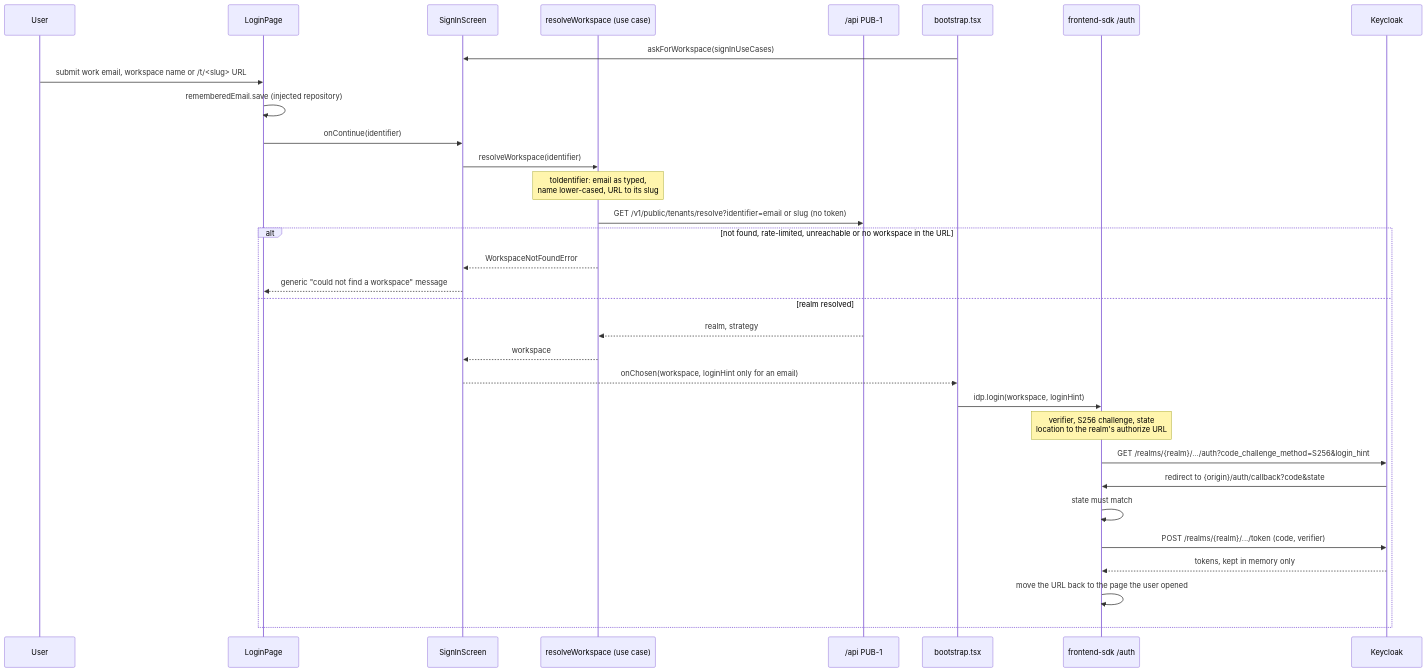
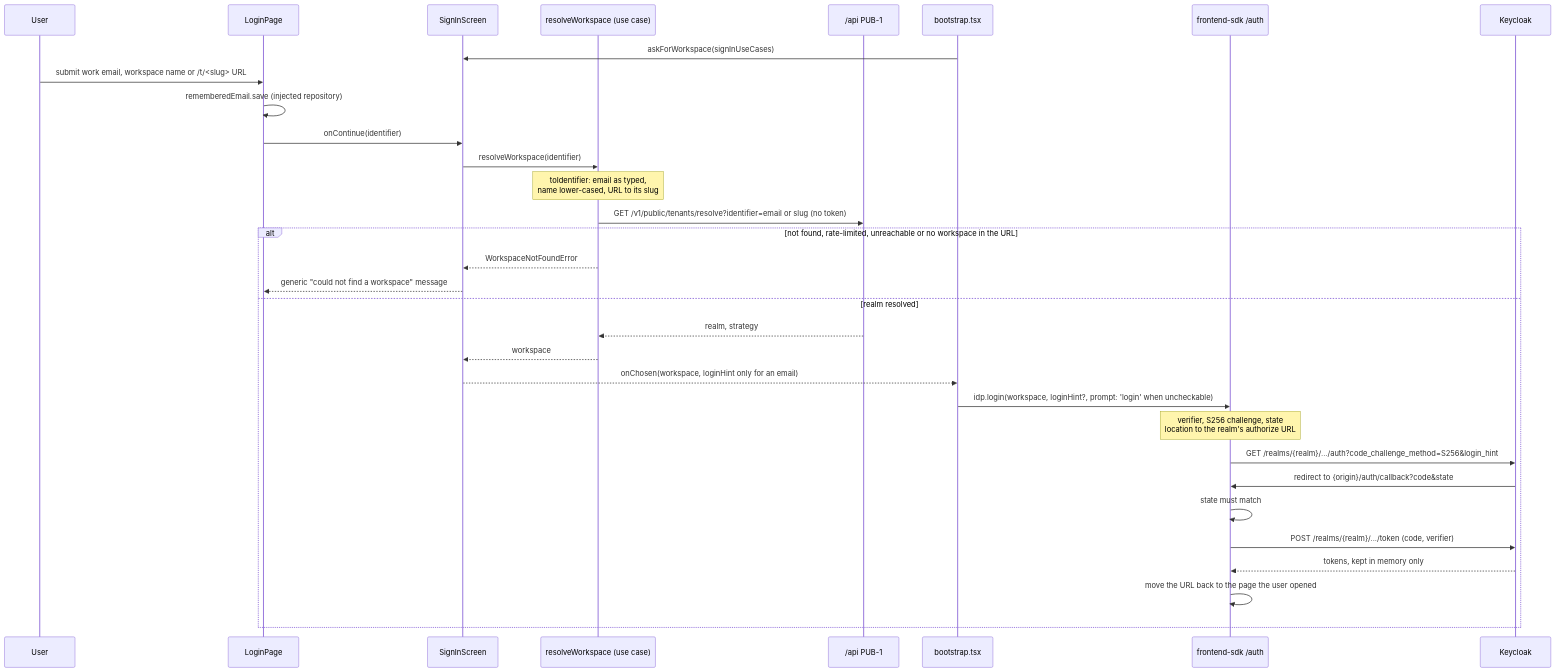
The diagram in docs/architecture/mermaid/sign-in-flow.mmd (BCBP-SOLUTIONS-FZC-LLC/web-shell), drawn with Mermaid before and after one commit. The commit also changed 42 other files, not shown here.

```diff
--- a/docs/architecture/mermaid/sign-in-flow.mmd
+++ b/docs/architecture/mermaid/sign-in-flow.mmd
@@ -1,33 +1,33 @@
 sequenceDiagram
     participant User
     participant Login as LoginPage
     participant Screens as SignInScreen
     participant UC as resolveWorkspace (use case)
     participant IAM as /api PUB-1
     participant Boot as bootstrap.tsx
     participant SDK as frontend-sdk /auth
     participant KC as Keycloak
 
     Boot->>Screens: askForWorkspace(signInUseCases)
     User->>Login: submit work email, workspace name or /t/<slug> URL
     Login->>Login: rememberedEmail.save (injected repository)
     Login->>Screens: onContinue(identifier)
     Screens->>UC: resolveWorkspace(identifier)
     Note over UC: toIdentifier: email as typed,<br/>name lower-cased, URL to its slug
     UC->>IAM: GET /v1/public/tenants/resolve?identifier=email or slug (no token)
     alt not found, rate-limited, unreachable or no workspace in the URL
         UC-->>Screens: WorkspaceNotFoundError
         Screens-->>Login: generic "could not find a workspace" message
     else realm resolved
         IAM-->>UC: realm, strategy
         UC-->>Screens: workspace
         Screens-->>Boot: onChosen(workspace, loginHint only for an email)
-        Boot->>SDK: idp.login(workspace, loginHint)
+        Boot->>SDK: idp.login(workspace, loginHint?, prompt: 'login' when uncheckable)
         Note over SDK: verifier, S256 challenge, state<br/>location to the realm's authorize URL
         SDK->>KC: GET /realms/{realm}/.../auth?code_challenge_method=S256&login_hint
         KC->>SDK: redirect to {origin}/auth/callback?code&state
         SDK->>SDK: state must match
         SDK->>KC: POST /realms/{realm}/.../token (code, verifier)
         KC-->>SDK: tokens, kept in memory only
         SDK->>SDK: move the URL back to the page the user opened
     end
```
